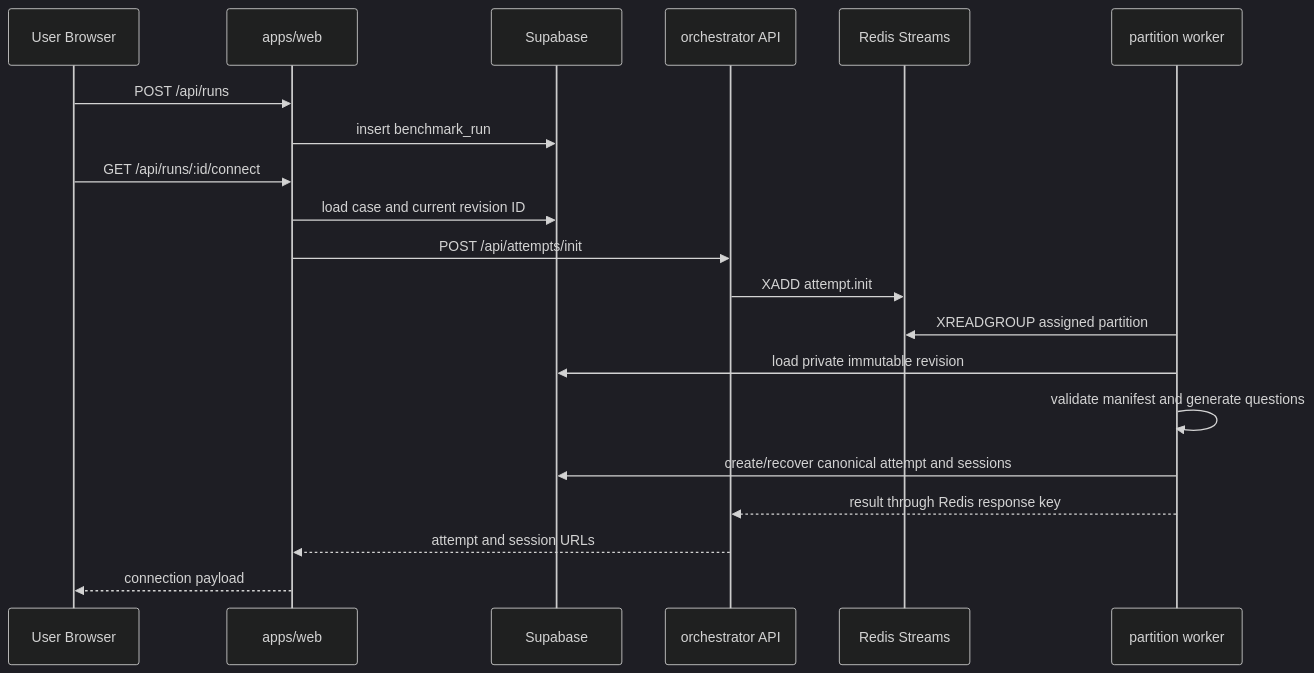
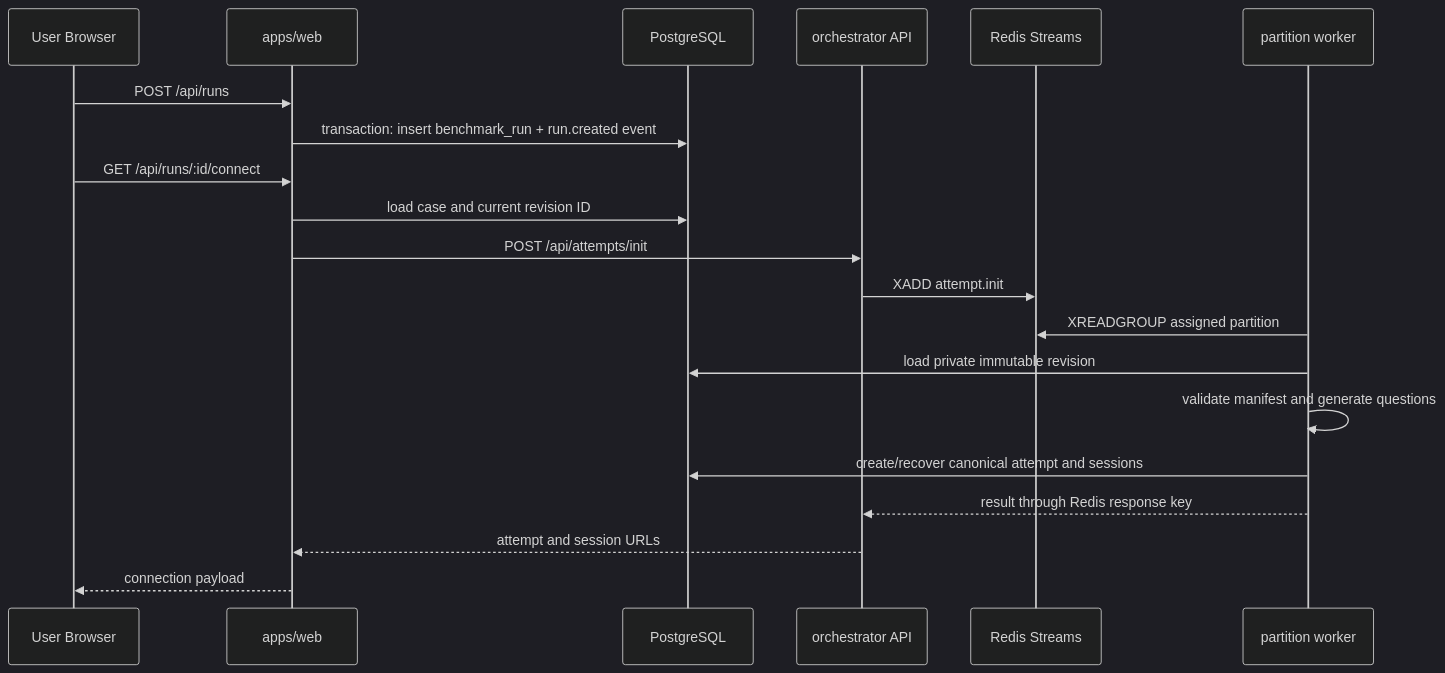
Before and after one commit to Kaiwen0418/agent-benchmark: the first of 5 diagrams in docs/data-flow.md, drawn with Mermaid (dark theme). The commit also changed other lines of this file and 102 other files, not shown here.

````diff
--- a/docs/data-flow.md
+++ b/docs/data-flow.md
@@ -7,23 +7,23 @@
 ```mermaid
 sequenceDiagram
   participant U as User Browser
   participant W as apps/web
-  participant D as Supabase
+  participant D as PostgreSQL
   participant A as orchestrator API
   participant R as Redis Streams
   participant K as partition worker
 
   U->>W: POST /api/runs
-  W->>D: insert benchmark_run
+  W->>D: transaction: insert benchmark_run + run.created event
   U->>W: GET /api/runs/:id/connect
   W->>D: load case and current revision ID
   W->>A: POST /api/attempts/init
   A->>R: XADD attempt.init
   K->>R: XREADGROUP assigned partition
   K->>D: load private immutable revision
   K->>K: validate manifest and generate questions
   K->>D: create/recover canonical attempt and sessions
   K-->>A: result through Redis response key
   A-->>W: attempt and session URLs
   W-->>U: connection payload
 ```
````
